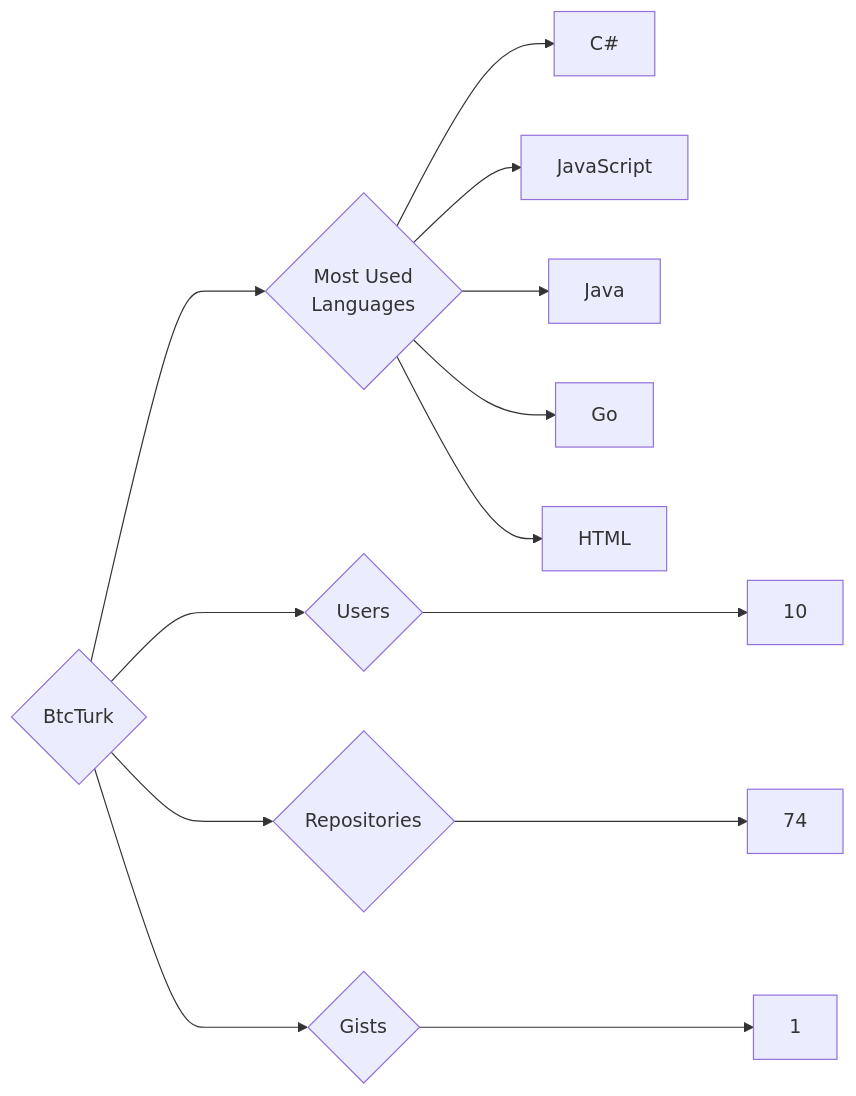
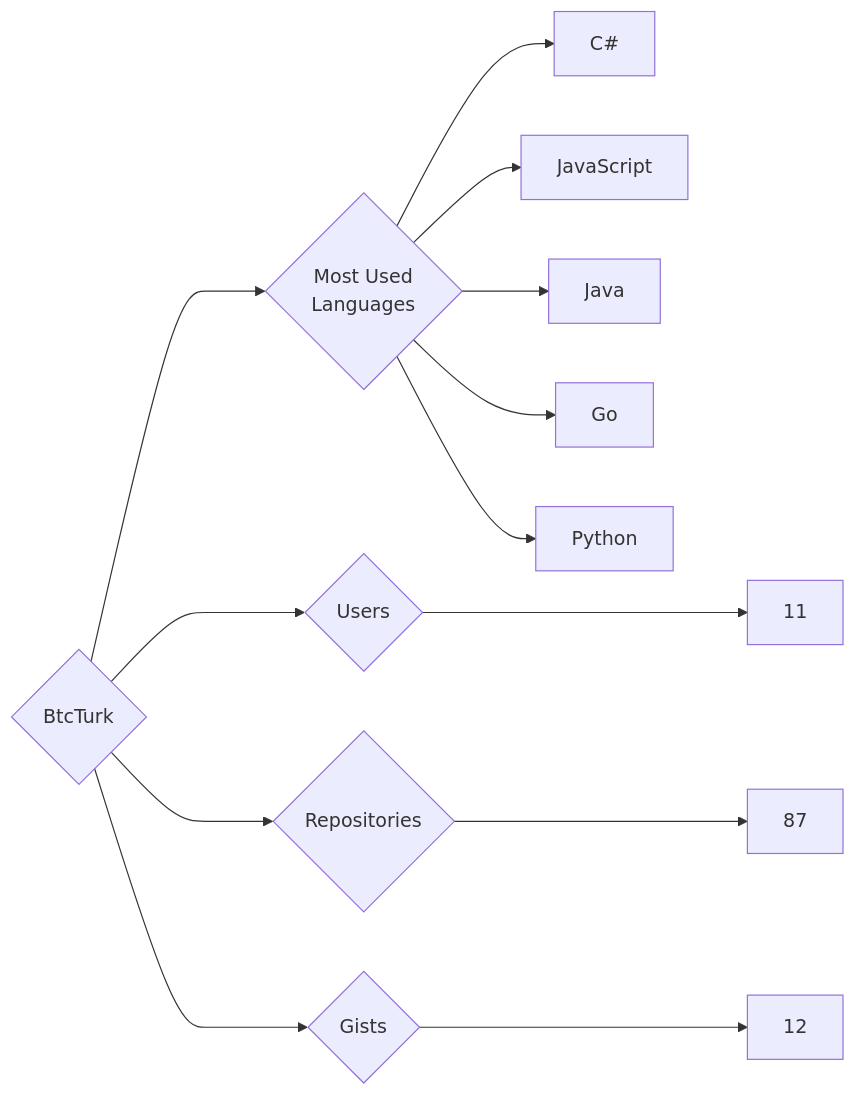
One commit to trickest/insiders changed the diagram in targets/BtcTurk/README.md. Above: the diagram before and after it, drawn with Mermaid. The commit also changed 786 other files, not shown here.

````diff
--- a/targets/BtcTurk/README.md
+++ b/targets/BtcTurk/README.md
@@ -3,13 +3,13 @@
 ```mermaid
 graph LR
 COMPANY_NAME{BtcTurk}
-COMPANY_NAME ---> U{Users} ---> UN[10]
-COMPANY_NAME ---> R{Repositories} ---> RN[74]
-COMPANY_NAME ---> G{Gists} ---> GN[1]
+COMPANY_NAME ---> U{Users} ---> UN[11]
+COMPANY_NAME ---> R{Repositories} ---> RN[87]
+COMPANY_NAME ---> G{Gists} ---> GN[12]
 COMPANY_NAME ---> ML{Most Used<br>Languages}
 ML --> C#[C#]
 ML --> JavaScript[JavaScript]
 ML --> Java[Java]
 ML --> Go[Go]
-ML --> HTML[HTML]
+ML --> Python[Python]
 ```
````
